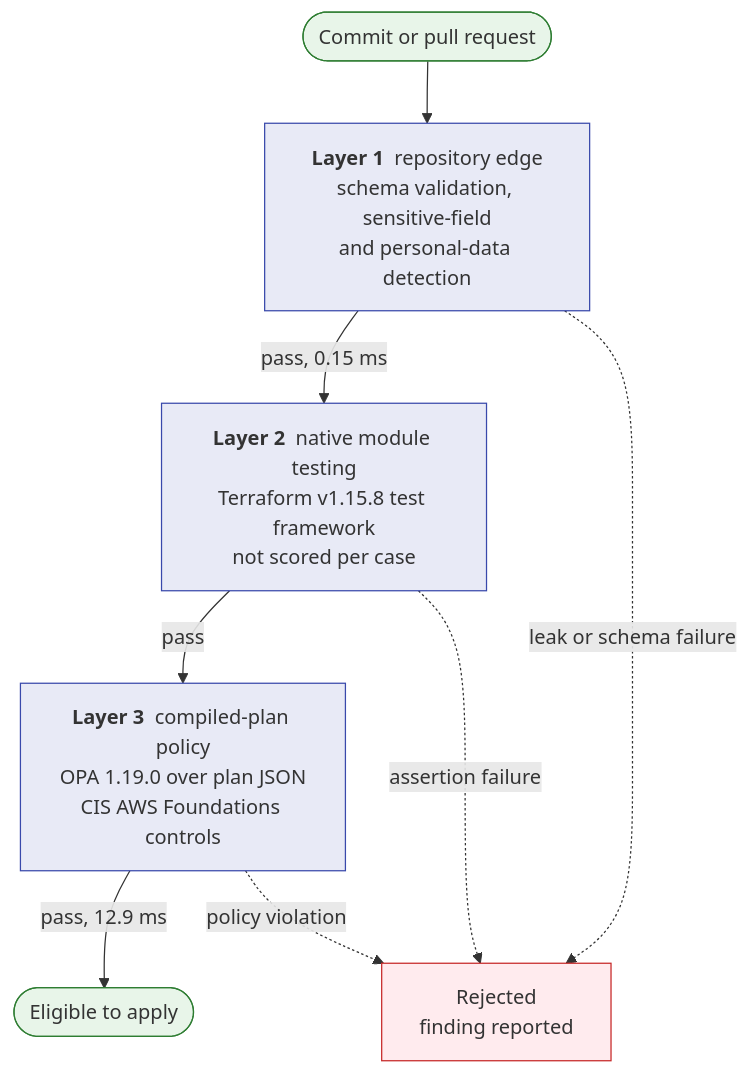
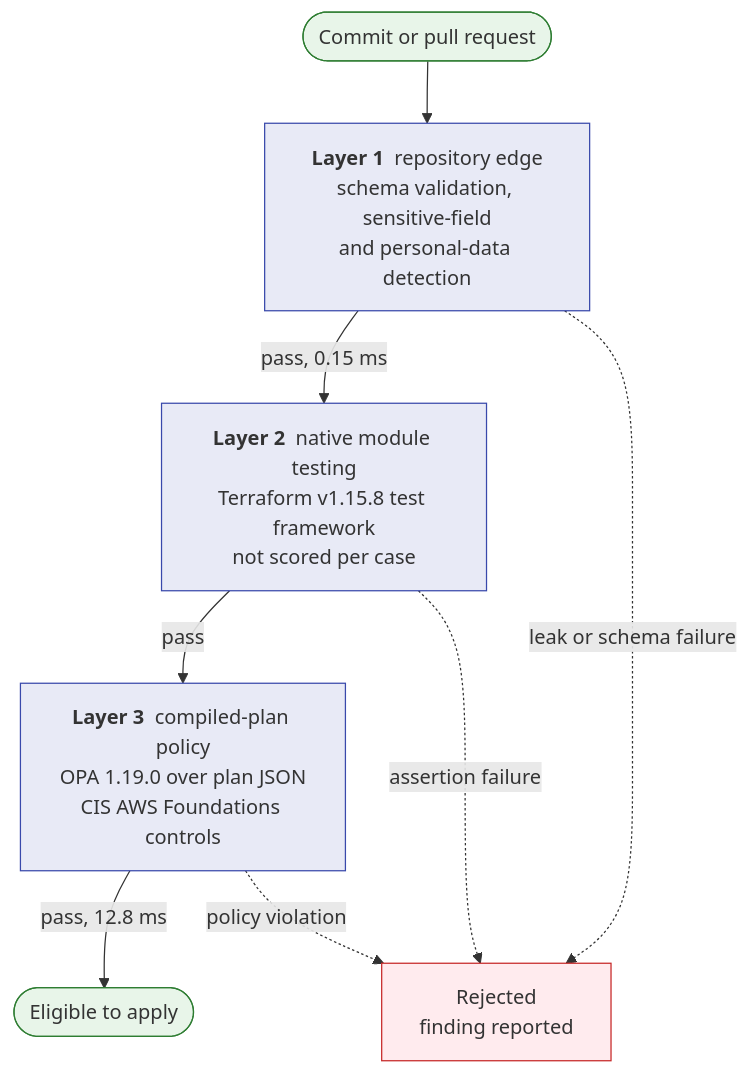
Before and after one commit to mchittineni/CrownCorridor: the diagram in paper/figures/pipeline_architecture.mmd, drawn with Mermaid. The commit also changed 8 other files, not shown here.

```diff
--- a/paper/figures/pipeline_architecture.mmd
+++ b/paper/figures/pipeline_architecture.mmd
@@ -1,26 +1,26 @@
 %% Generated by experiments/generate_figures.py -- do not edit by hand.
 %% Latency figures are per-case means from results/evaluation.json.
 %% Layer 3's figure covers policy evaluation over an already-compiled plan and
 %% excludes terraform init/plan, which dominate the layer's wall-clock cost.
 flowchart TD
     commit(["Commit or pull request"])
     l1["<b>Layer 1</b>  repository edge<br/>schema validation, sensitive-field<br/>and personal-data detection"]
     l2["<b>Layer 2</b>  native module testing<br/>Terraform v1.15.8 test framework<br/>not scored per case"]
     l3["<b>Layer 3</b>  compiled-plan policy<br/>OPA 1.19.0 over plan JSON<br/>CIS AWS Foundations controls"]
     ok(["Eligible to apply"])
     no["Rejected<br/>finding reported"]
 
     commit --> l1
     l1 -- "pass, 0.15 ms" --> l2
     l2 -- "pass" --> l3
-    l3 -- "pass, 12.9 ms" --> ok
+    l3 -- "pass, 12.8 ms" --> ok
     l1 -. "leak or schema failure" .-> no
     l2 -. "assertion failure" .-> no
     l3 -. "policy violation" .-> no
 
     classDef layer fill:#e8eaf6,stroke:#3949ab
     classDef term fill:#e8f5e9,stroke:#2e7d32
     classDef bad fill:#ffebee,stroke:#c62828
     class l1,l2,l3 layer
     class ok,commit term
     class no bad
```
